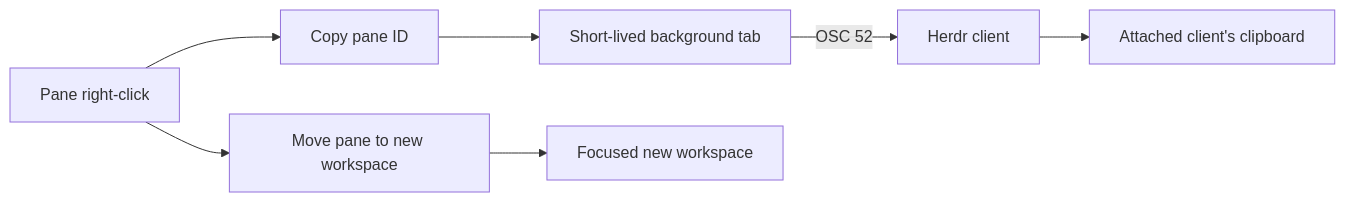
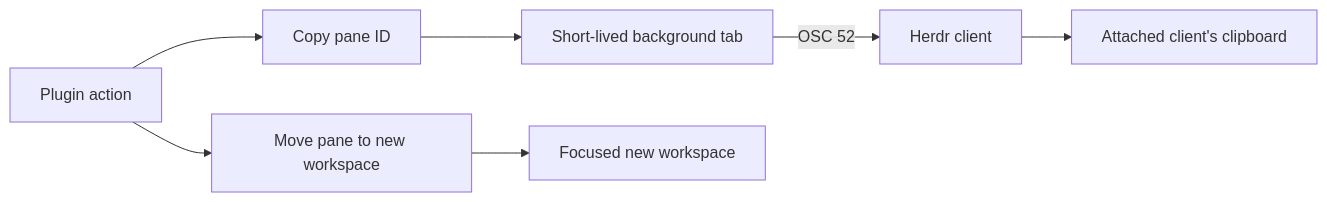
One commit to unphased/vim-config changed the diagram in herdr-plugins/copy-pane-id/README.md. Above: the diagram before and after it, drawn with Mermaid. The commit also changed other lines of this file and 2 other files, not shown here.

Commit message:
Correct Herdr plugin menu documentation

````diff
--- a/herdr-plugins/copy-pane-id/README.md
+++ b/herdr-plugins/copy-pane-id/README.md
@@ -5,9 +7,9 @@
 ```mermaid
 flowchart LR
-    Menu[Pane right-click] --> Copy[Copy pane ID]
+    Action[Plugin action] --> Copy[Copy pane ID]
     Copy --> Background[Short-lived background tab]
     Background -->|OSC 52| Herdr[Herdr client]
     Herdr --> Clipboard[Attached client's clipboard]
-    Menu --> Move[Move pane to new workspace]
+    Action --> Move[Move pane to new workspace]
     Move --> NewWorkspace[Focused new workspace]
 ```
````
